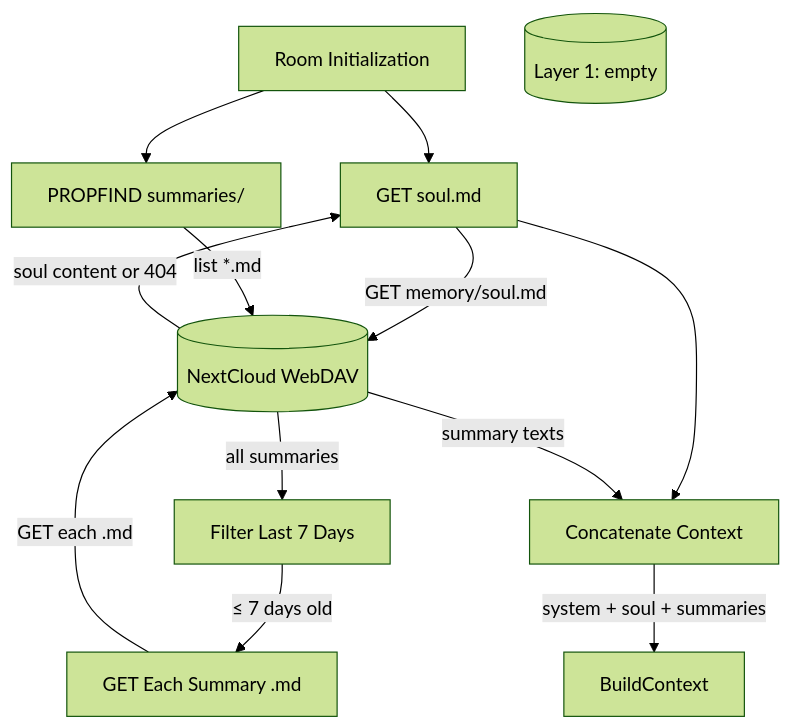
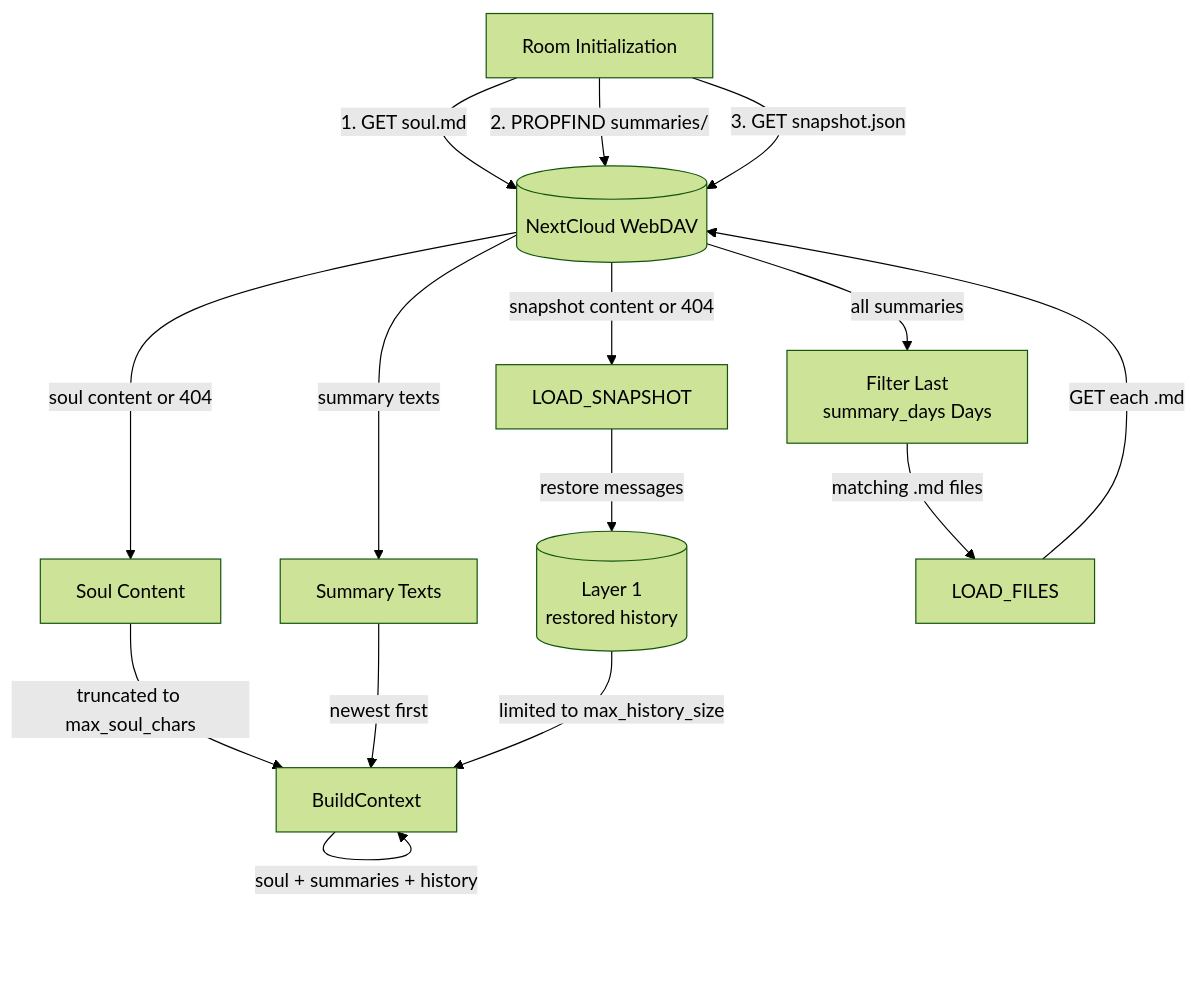
One commit to cosmoswafer/rockbot changed the fifth of 7 diagrams in _dfds/base/memory.md. Above: the diagram before and after it, drawn with Mermaid (forest theme). The commit also changed other lines of this file and 3 other files, not shown here.

Commit message:
dfd: refactor memory management DFD — split retrieve/archive/persist flows, add snapshot-based crash recovery

````diff
--- a/_dfds/base/memory.md
+++ b/_dfds/base/memory.md
@@ -134,24 +160,28 @@
 ```mermaid
 flowchart TD
     INIT[Room Initialization]
     DAV[(NextCloud WebDAV)]
-    LOAD_SOUL[GET soul.md]
-    LOAD_SUMMARIES[PROPFIND summaries/]
-    FILTER[Filter Last 7 Days]
-    LOAD_FILES[GET Each Summary .md]
-    CONCAT[Concatenate Context]
+    L1[(Layer 1<br/>restored history)]
+    SOUL_INJECT[Soul Content]
+    SUMMARIES_INJECT[Summary Texts]
     CTX[BuildContext]
-    L1[(Layer 1: empty)]
 
-    INIT --> LOAD_SOUL
-    LOAD_SOUL -->|"GET memory/soul.md"| DAV
-    DAV -->|"soul content or 404"| LOAD_SOUL
-    LOAD_SOUL --> CONCAT
-    INIT --> LOAD_SUMMARIES
-    LOAD_SUMMARIES -->|"list *.md"| DAV
+    INIT -->|"1. GET soul.md"| DAV
+    DAV -->|"soul content or 404"| SOUL_INJECT
+    SOUL_INJECT -->|"truncated to max_soul_chars"| CTX
+
+    INIT -->|"2. PROPFIND summaries/"| DAV
     DAV -->|"all summaries"| FILTER
-    FILTER -->|"≤ 7 days old"| LOAD_FILES
+    FILTER[Filter Last<br/>summary_days Days]
+    FILTER -->|"matching .md files"| LOAD_FILES
     LOAD_FILES -->|"GET each .md"| DAV
-    DAV -->|"summary texts"| CONCAT
-    CONCAT -->|"system + soul + summaries"| CTX
+    DAV -->|"summary texts"| SUMMARIES_INJECT
+    SUMMARIES_INJECT -->|"newest first"| CTX
+
+    INIT -->|"3. GET snapshot.json"| DAV
+    DAV -->|"snapshot content or 404"| LOAD_SNAPSHOT
+    LOAD_SNAPSHOT -->|"restore messages"| L1
+    L1 -->|"limited to max_history_size"| CTX
+
+    CTX -->|"soul + summaries + history"| CTX
 ```
````
